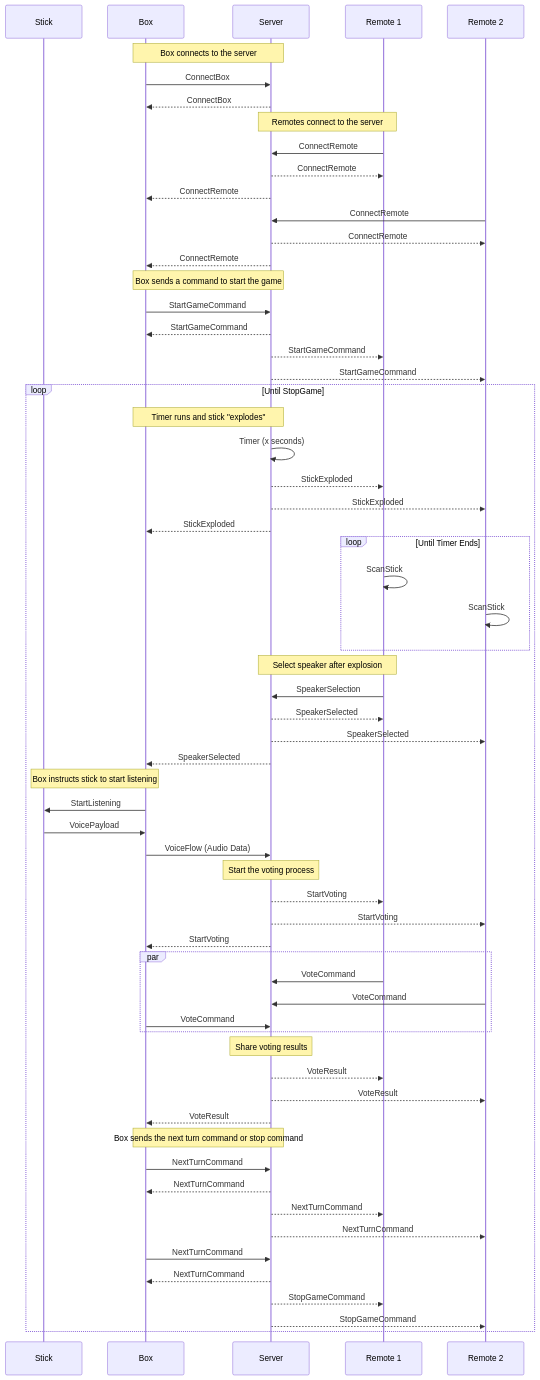
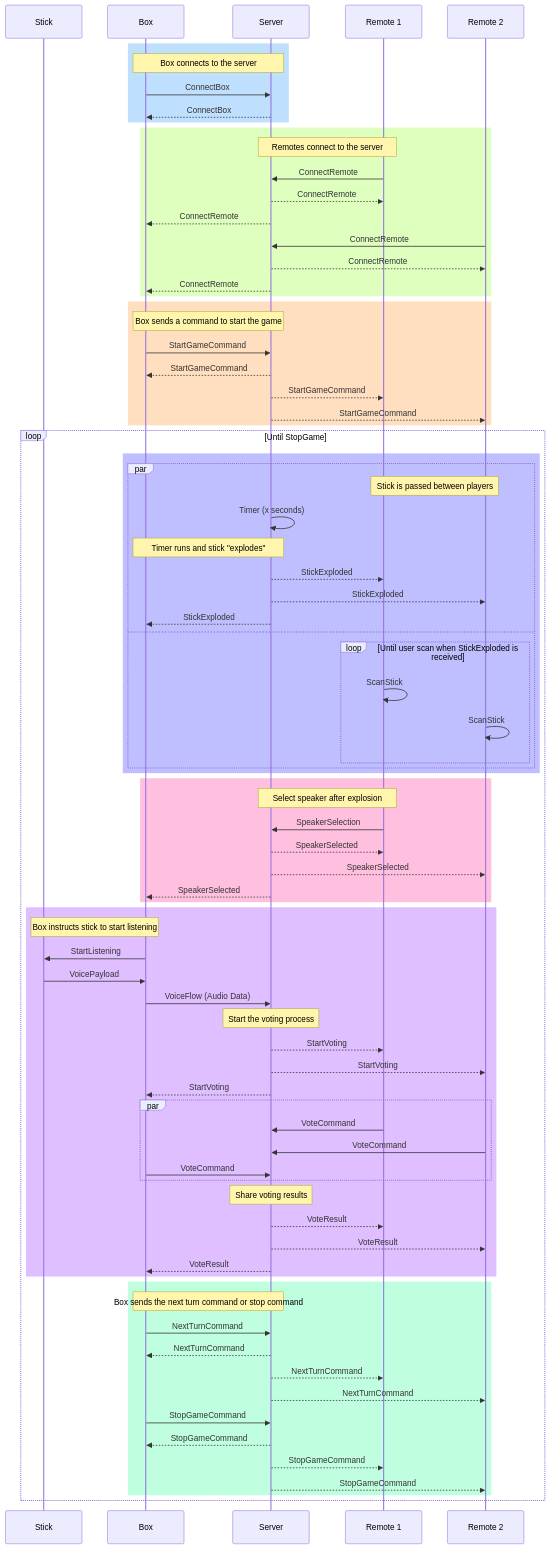
One commit to ThibBer/anec.fun changed the diagram in README.md. Above: the diagram before and after it, drawn with Mermaid.

Commit message:
make sequence diagram clearer

````diff
--- a/README.md
+++ b/README.md
@@ -61,11 +61,14 @@
     participant T2 as Remote 2
 
     %% Connecting Box
+    rect rgb(191, 223, 255)
     Note over B,S: Box connects to the server
     B->>S: ConnectBox
     S-->>B: ConnectBox
+    end
 
     %% Connecting Remotes
+    rect rgb(223, 255, 191)
     Note over T1,S: Remotes connect to the server
     T1->>S: ConnectRemote
     S-->>T1: ConnectRemote
@@ -73,36 +76,47 @@
     T2->>S: ConnectRemote
     S-->>T2: ConnectRemote
     S-->>B: ConnectRemote
+    end
 
     %% Starting Game
+    rect rgb(255, 223, 191)
     Note over B,S: Box sends a command to start the game
     B->>S: StartGameCommand
     S-->>B: StartGameCommand
     S-->>T1: StartGameCommand
     S-->>T2: StartGameCommand
+    end
 
     %% Game Loop
     loop Until StopGame
-        %% Stick Exploded Event
-        Note over S,B: Timer runs and stick "explodes"
-        S->>S: Timer (x seconds)
-        S-->>T1: StickExploded
-        S-->>T2: StickExploded
-        S-->>B: StickExploded
-
-        loop Until Timer Ends
-            T1->>T1: ScanStick
-            T2->>T2: ScanStick
+        %% Stick passing
+        rect rgb(191, 191, 255)
+        par
+            Note over T1,T2: Stick is passed between players
+            S->>S: Timer (x seconds)
+            Note over S,B: Timer runs and stick "explodes"
+            S-->>T1: StickExploded
+            S-->>T2: StickExploded
+            S-->>B: StickExploded
+        and
+            loop Until user scan when StickExploded is received
+                T1->>T1: ScanStick
+                T2->>T2: ScanStick
+            end
+        end
         end
 
         %% Speaker Selection
+        rect rgb(255, 191, 223)
         Note over S,T1: Select speaker after explosion
         T1->>S: SpeakerSelection
         S-->>T1: SpeakerSelected
         S-->>T2: SpeakerSelected
         S-->>B: SpeakerSelected
+        end
 
         %% Voting process
+        rect rgb(223, 191, 255)
         Note over B,A: Box instructs stick to start listening
         B->>A: StartListening
         A->>B: VoicePayload
@@ -122,17 +136,22 @@
         S-->>T1: VoteResult
         S-->>T2: VoteResult
         S-->>B: VoteResult
+        end
 
         %% Next turn or stop game
+        rect rgb(191, 255, 223)
         Note over B,S: Box sends the next turn command or stop command
         B->>S: NextTurnCommand
         S-->>B: NextTurnCommand
         S-->>T1: NextTurnCommand
         S-->>T2: NextTurnCommand
-        B->>S: NextTurnCommand
-        S-->>B: NextTurnCommand
+        B->>S: StopGameCommand
+        S-->>B: StopGameCommand
         S-->>T1: StopGameCommand
         S-->>T2: StopGameCommand
+        end
     end
 
+
+
 ```
````
